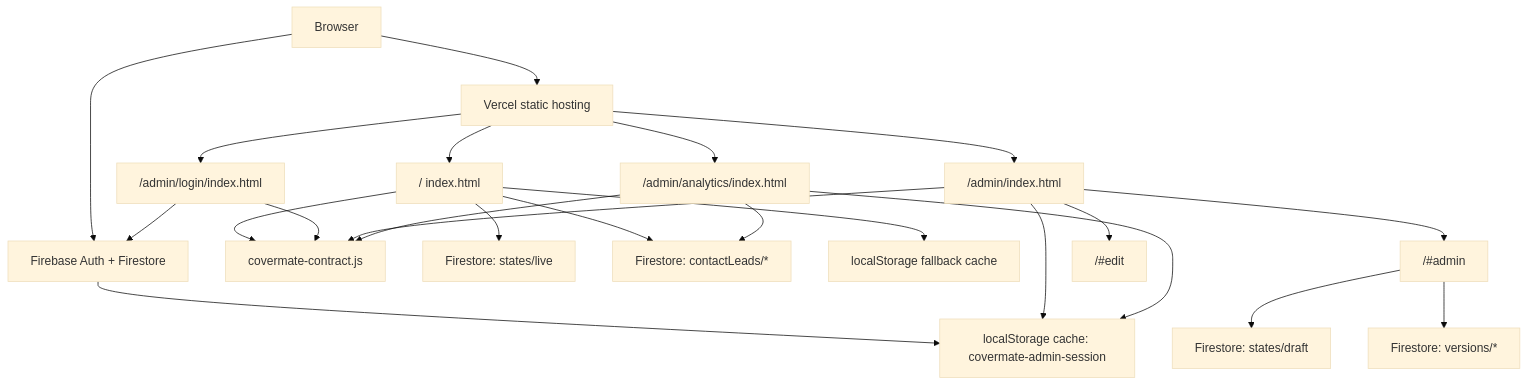
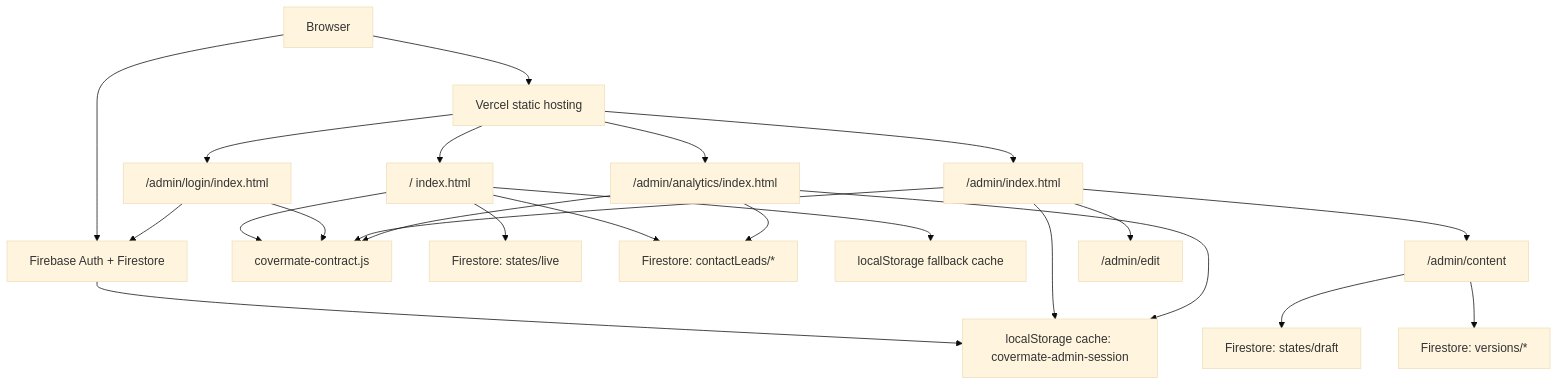
Before and after one commit to purichw/CoverMate: the diagram in docs/ARCHITECTURE.md, drawn with Mermaid (base theme). The commit also changed other lines of this file and 6 other files, not shown here.

````diff
--- a/docs/ARCHITECTURE.md
+++ b/docs/ARCHITECTURE.md
@@ -33,25 +33,25 @@
 ```mermaid
 flowchart TD
   Browser["Browser"] --> Vercel["Vercel static hosting"]
   Vercel --> Public["/ index.html"]
   Vercel --> Login["/admin/login/index.html"]
   Vercel --> Launcher["/admin/index.html"]
   Vercel --> Analytics["/admin/analytics/index.html"]
   Browser --> Firebase["Firebase Auth + Firestore"]
   Public --> Contract["covermate-contract.js"]
   Login --> Contract
   Launcher --> Contract
   Analytics --> Contract
   Public --> Live["Firestore: states/live"]
   Public --> Leads["Firestore: contactLeads/*"]
   Public --> Store["localStorage fallback cache"]
   PublicAdmin --> Draft["Firestore: states/draft"]
   PublicAdmin --> Versions["Firestore: versions/*"]
   Login --> Firebase
   Firebase --> Session["localStorage cache: covermate-admin-session"]
   Launcher --> Session
   Analytics --> Session
   Analytics --> Leads
-  Launcher --> PublicEdit["/#edit"]
-  Launcher --> PublicAdmin["/#admin"]
+  Launcher --> PublicEdit["/admin/edit"]
+  Launcher --> PublicAdmin["/admin/content"]
 ```
````
